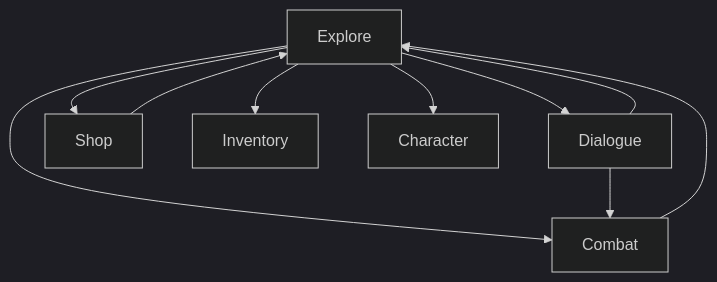
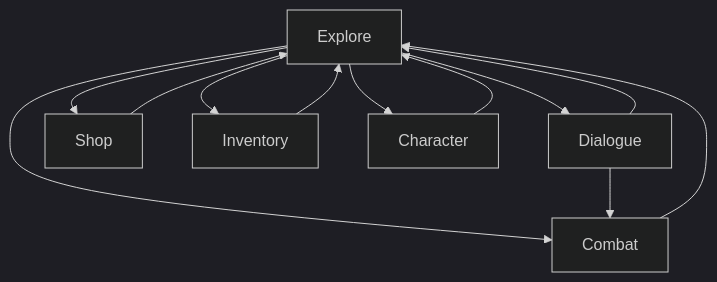
One commit to tvomacka/Dungeon changed the diagram in README.md. Above: the diagram before and after it, drawn with Mermaid (dark theme). The commit also changed other lines of this file, not shown here.

````diff
--- a/README.md
+++ b/README.md
@@ -15,12 +17,14 @@
 ```mermaid
 graph TD;
     Explore-->Dialogue;
     Explore-->Combat;
     Explore-->Shop;
     Explore-->Inventory;
     Explore-->Character;
     Dialogue-->Explore;
     Dialogue-->Combat;
     Combat-->Explore;
     Shop-->Explore;
+    Inventory-->Explore;
+    Character-->Explore;
 ```
````
